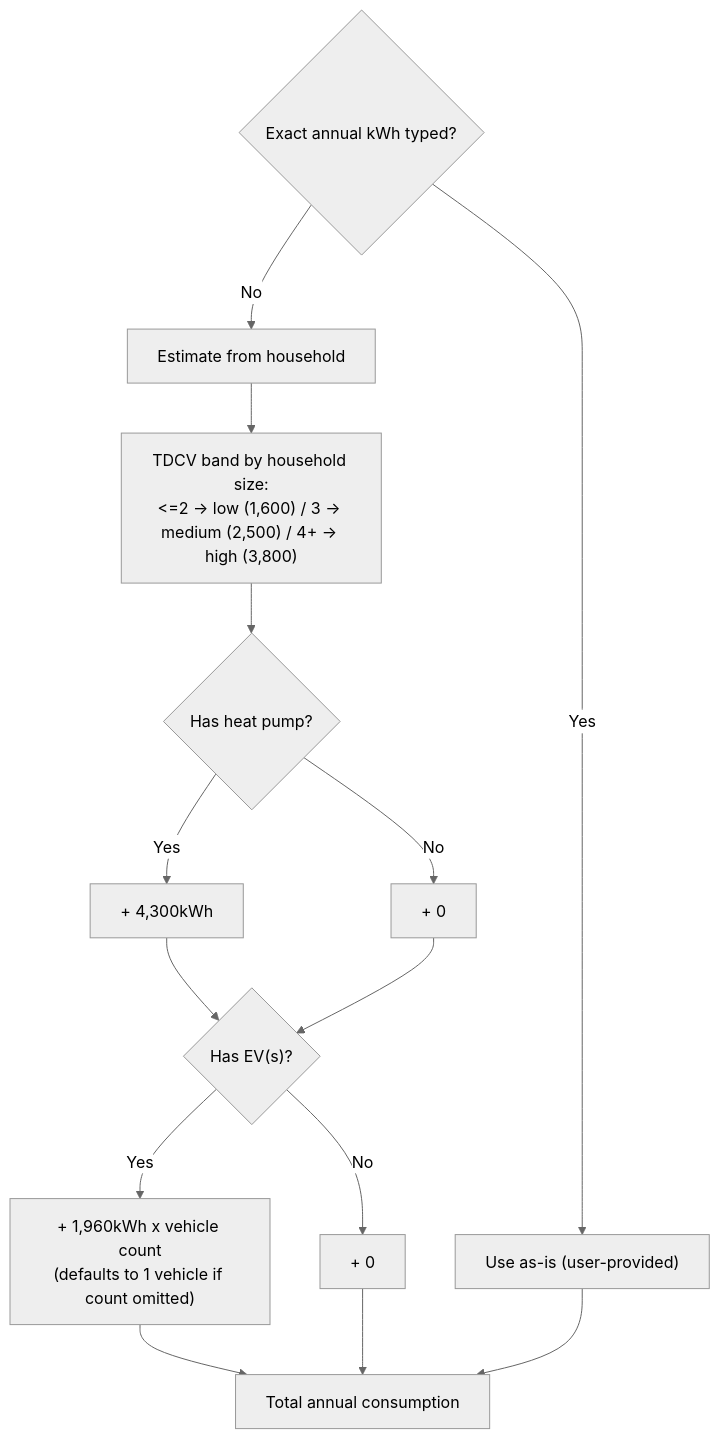
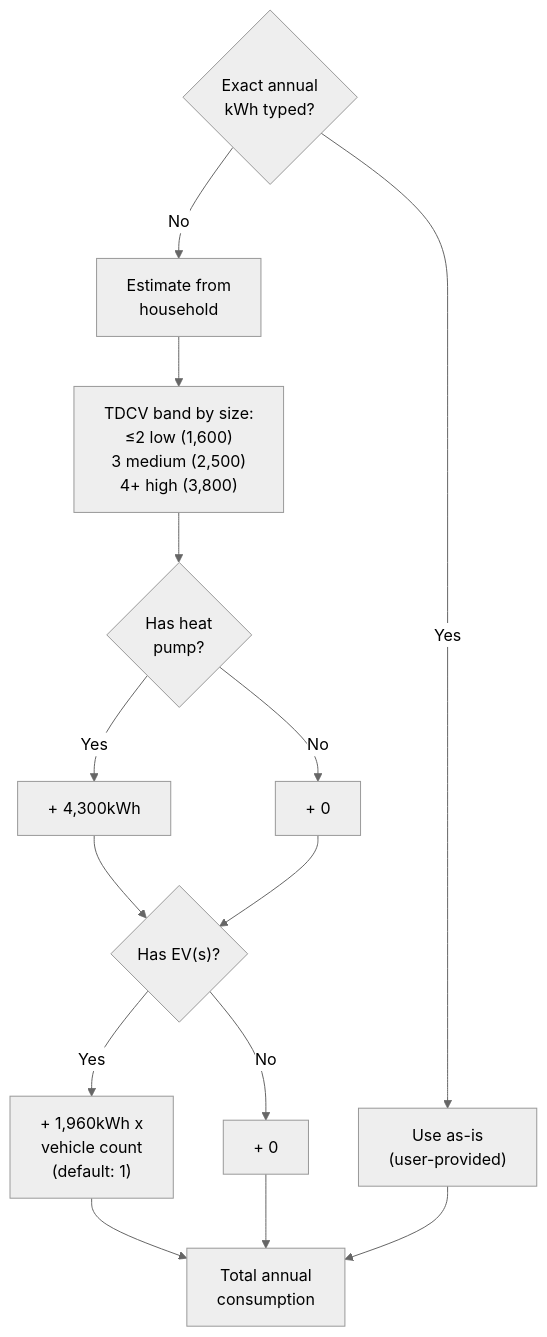
One commit to spallavi-stack/shubha-pm-portfolio changed the third of 7 diagrams in projects/sunnysideup/docs/calculation-logic.md. Above: the diagram before and after it, drawn with Mermaid (neutral theme). The commit also changed other lines of this file, not shown here.

First line of the commit message:
Fix clipped mermaid diagram labels in calculation-logic.md

````diff
--- a/projects/sunnysideup/docs/calculation-logic.md
+++ b/projects/sunnysideup/docs/calculation-logic.md
@@ -108,16 +110,28 @@
 ```mermaid
 flowchart TD
-  A{"Exact annual kWh typed?"} -->|Yes| B["Use as-is (user-provided)"]
-  A -->|No| C["Estimate from household"]
-  C --> D["TDCV band by household size:<br/><=2 -> low (1,600) / 3 -> medium (2,500) / 4+ -> high (3,800)"]
-  D --> E{"Has heat pump?"}
-  E -->|Yes| F["+ 4,300kWh"]
-  E -->|No| G["+ 0"]
+  A{"Exact annual<br/>kWh typed?"}
+  B["Use as-is<br/>(user-provided)"]
+  C["Estimate from<br/>household"]
+  D["TDCV band by size:<br/>≤2 low (1,600)<br/>3 medium (2,500)<br/>4+ high (3,800)"]
+  E{"Has heat<br/>pump?"}
+  F["+ 4,300kWh"]
+  G["+ 0"]
+  H{"Has EV(s)?"}
+  I["+ 1,960kWh x<br/>vehicle count<br/>(default: 1)"]
+  J["+ 0"]
+  K["Total annual<br/>consumption"]
+
+  A -->|Yes| B
+  A -->|No| C
+  C --> D
+  D --> E
+  E -->|Yes| F
+  E -->|No| G
   F --> H
-  G --> H{"Has EV(s)?"}
-  H -->|Yes| I["+ 1,960kWh x vehicle count<br/>(defaults to 1 vehicle if count omitted)"]
-  H -->|No| J["+ 0"]
-  I --> K["Total annual consumption"]
+  G --> H
+  H -->|Yes| I
+  H -->|No| J
+  I --> K
   J --> K
   B --> K
 ```
````
